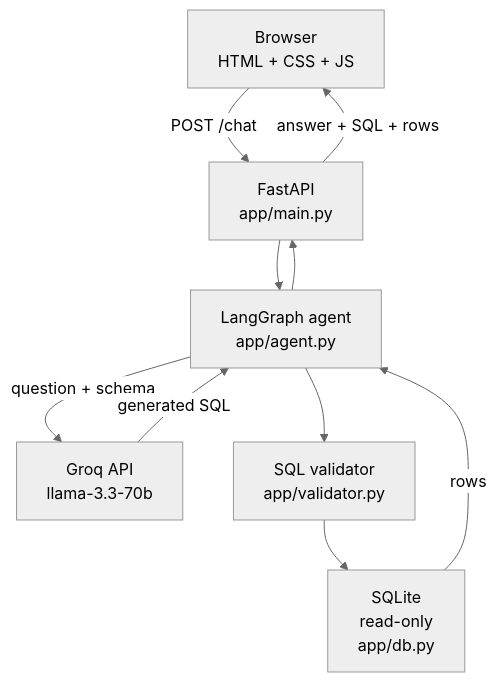
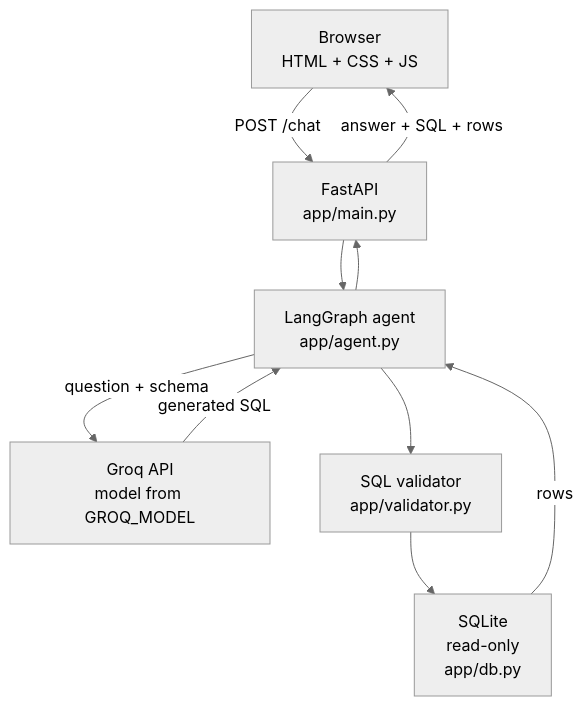
Before and after one commit to AviK0928/SQL_Query_AI_Agent: the first of 2 diagrams in docs/architecture.md, drawn with Mermaid (neutral theme). The commit also changed other lines of this file and 14 other files, not shown here.

````diff
--- a/docs/architecture.md
+++ b/docs/architecture.md
@@ -5,12 +5,12 @@
 ```mermaid
 flowchart TD
     U[Browser<br/>HTML + CSS + JS] -->|POST /chat| F[FastAPI<br/>app/main.py]
     F --> A[LangGraph agent<br/>app/agent.py]
-    A -->|question + schema| L[Groq API<br/>llama-3.3-70b]
+    A -->|question + schema| L[Groq API<br/>model from GROQ_MODEL]
     L -->|generated SQL| A
     A --> V[SQL validator<br/>app/validator.py]
     V --> D[SQLite<br/>read-only<br/>app/db.py]
     D -->|rows| A
     A --> F
     F -->|answer + SQL + rows| U
 ```
````
